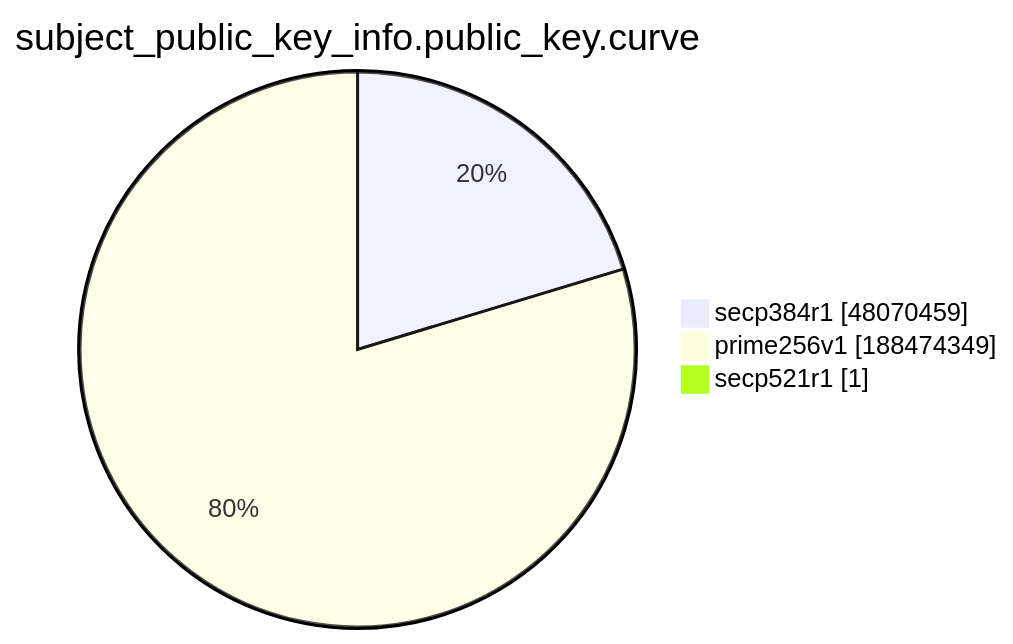
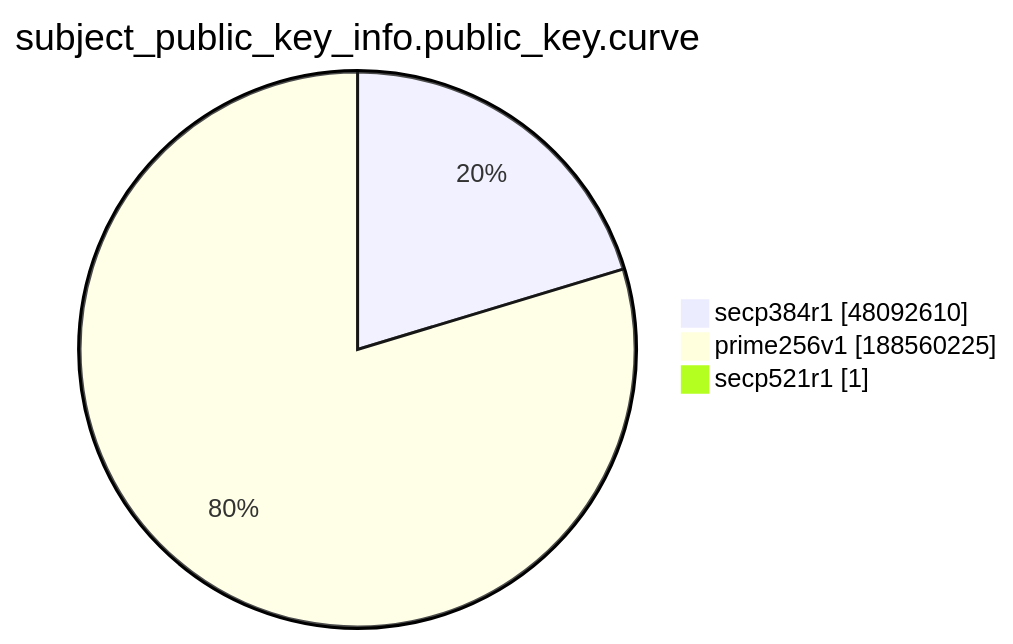
Before and after one commit to christiankrug/ctmonitor_visualization: the ninth of 15 diagrams in xenon2022/README.md, drawn with Mermaid. The commit also changed other lines of this file, not shown here.

````diff
--- a/xenon2022/README.md
+++ b/xenon2022/README.md
@@ -2874,7 +2874,7 @@
 ```mermaid
 pie showData
 title subject_public_key_info.public_key.curve
-"secp384r1" :48070459
-"prime256v1" :188474349
+"secp384r1" :48092610
+"prime256v1" :188560225
 "secp521r1" :1
 ```
````
